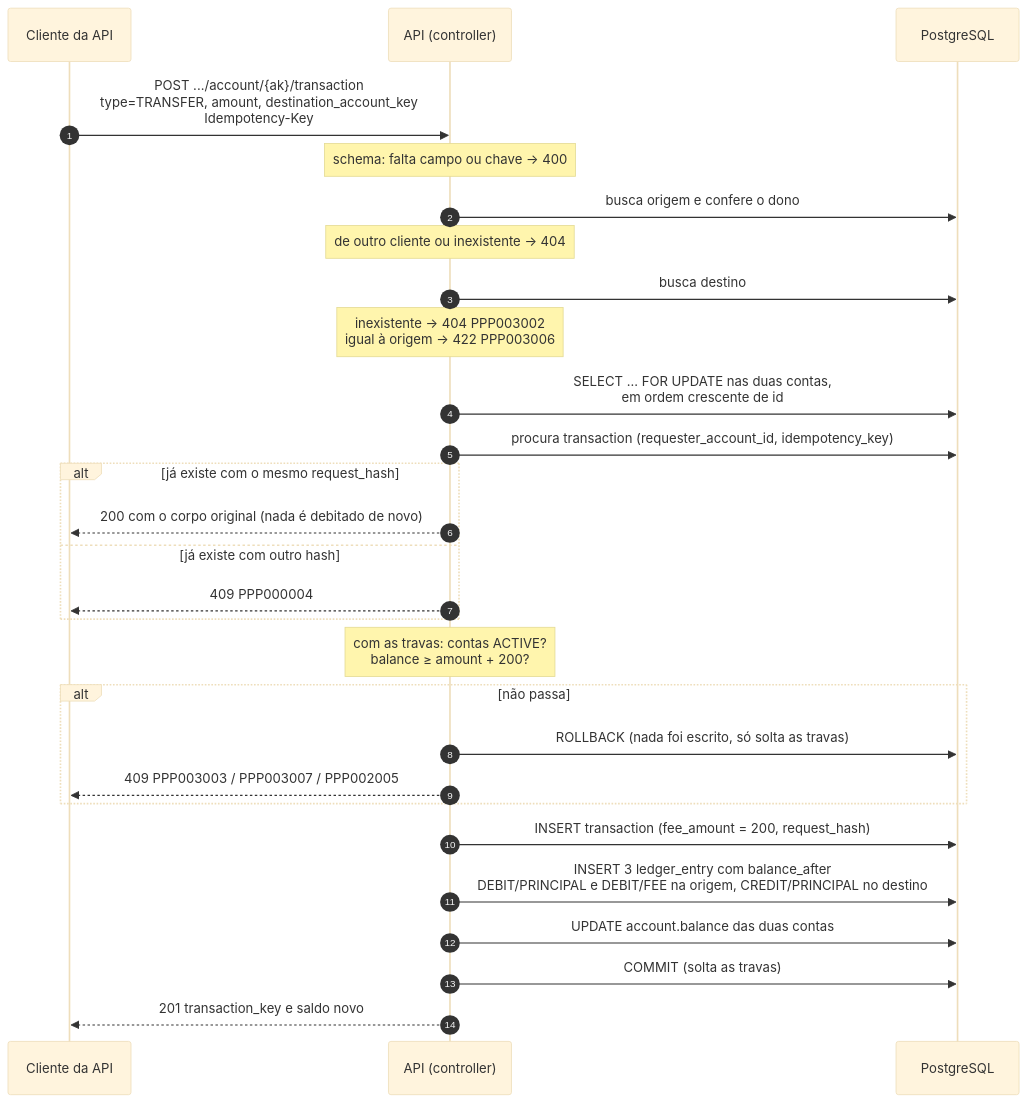
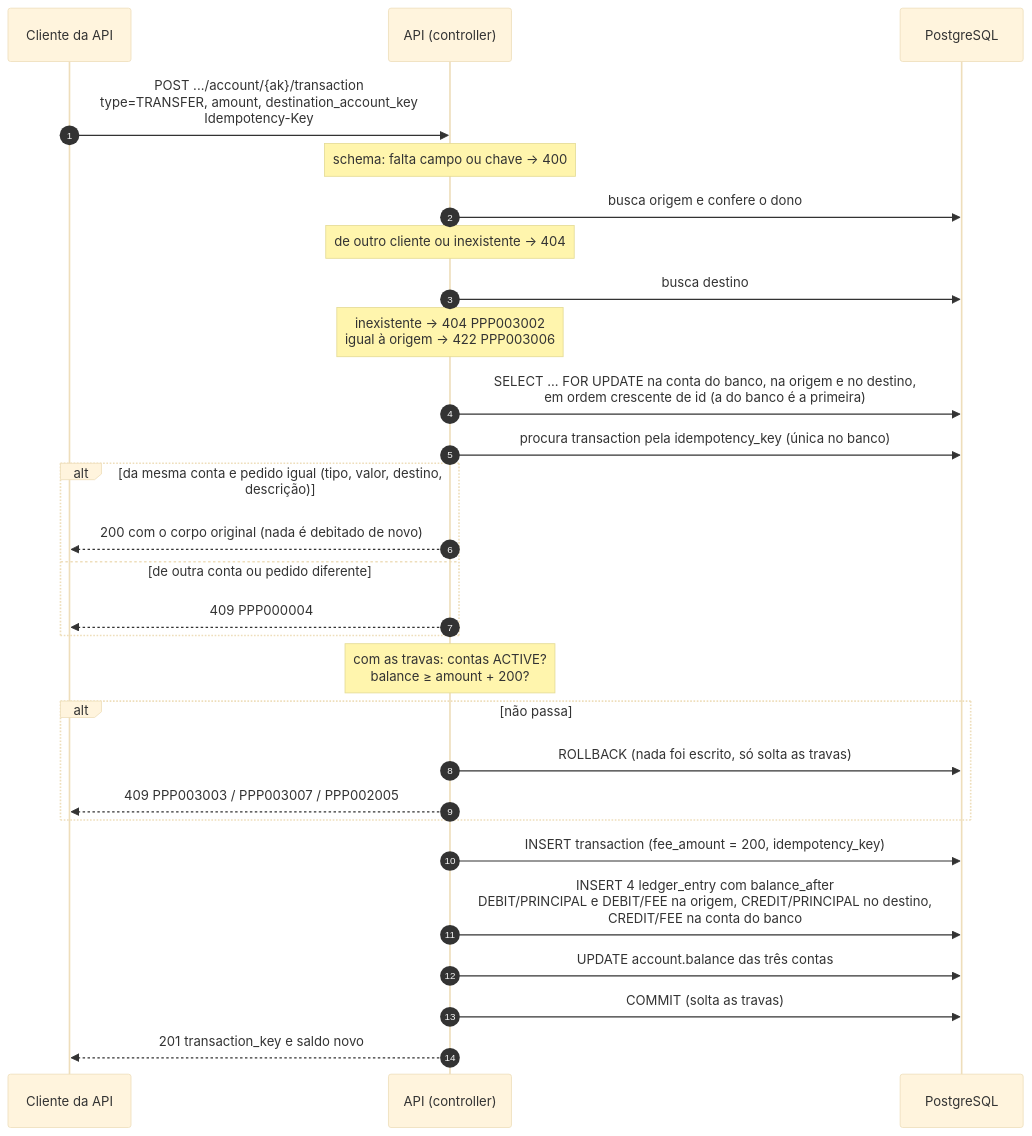
One commit to heluylucas/bootcamp-qi-tech-presidas- changed the diagram in docs/diagramas/transferencia.mmd. Above: the diagram before and after it, drawn with Mermaid (base theme). The commit also changed 15 other files, not shown here.

Commit message:
:hammer: update: er-&-flow-diagrams

```diff
--- a/docs/diagramas/transferencia.mmd
+++ b/docs/diagramas/transferencia.mmd
@@ -1,29 +1,29 @@
 sequenceDiagram
     autonumber
     participant C as Cliente da API
     participant API as API (controller)
     participant DB as PostgreSQL
 
     C->>API: POST .../account/{ak}/transaction<br/>type=TRANSFER, amount, destination_account_key<br/>Idempotency-Key
     Note over API: schema: falta campo ou chave → 400
     API->>DB: busca origem e confere o dono
     Note over API: de outro cliente ou inexistente → 404
     API->>DB: busca destino
     Note over API: inexistente → 404 PPP003002<br/>igual à origem → 422 PPP003006
-    API->>DB: SELECT ... FOR UPDATE nas duas contas,<br/>em ordem crescente de id
-    API->>DB: procura transaction (requester_account_id, idempotency_key)
-    alt já existe com o mesmo request_hash
+    API->>DB: SELECT ... FOR UPDATE na conta do banco, na origem e no destino,<br/>em ordem crescente de id (a do banco é a primeira)
+    API->>DB: procura transaction pela idempotency_key (única no banco)
+    alt da mesma conta e pedido igual (tipo, valor, destino, descrição)
         API-->>C: 200 com o corpo original (nada é debitado de novo)
-    else já existe com outro hash
+    else de outra conta ou pedido diferente
         API-->>C: 409 PPP000004
     end
     Note over API: com as travas: contas ACTIVE?<br/>balance ≥ amount + 200?
     alt não passa
         API->>DB: ROLLBACK (nada foi escrito, só solta as travas)
         API-->>C: 409 PPP003003 / PPP003007 / PPP002005
     end
-    API->>DB: INSERT transaction (fee_amount = 200, request_hash)
-    API->>DB: INSERT 3 ledger_entry com balance_after<br/>DEBIT/PRINCIPAL e DEBIT/FEE na origem, CREDIT/PRINCIPAL no destino
-    API->>DB: UPDATE account.balance das duas contas
+    API->>DB: INSERT transaction (fee_amount = 200, idempotency_key)
+    API->>DB: INSERT 4 ledger_entry com balance_after<br/>DEBIT/PRINCIPAL e DEBIT/FEE na origem, CREDIT/PRINCIPAL no destino,<br/>CREDIT/FEE na conta do banco
+    API->>DB: UPDATE account.balance das três contas
     API->>DB: COMMIT (solta as travas)
     API-->>C: 201 transaction_key e saldo novo
```
